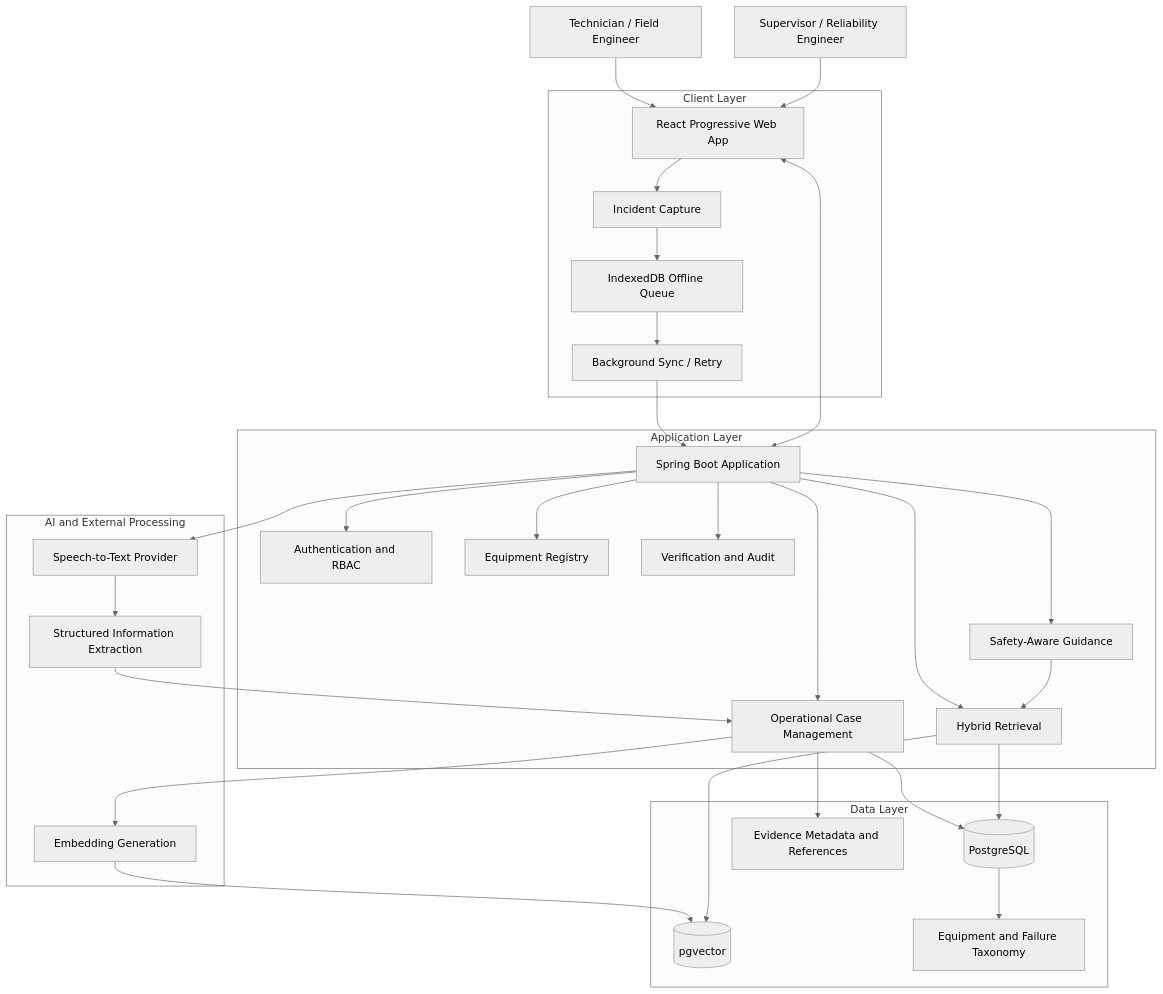
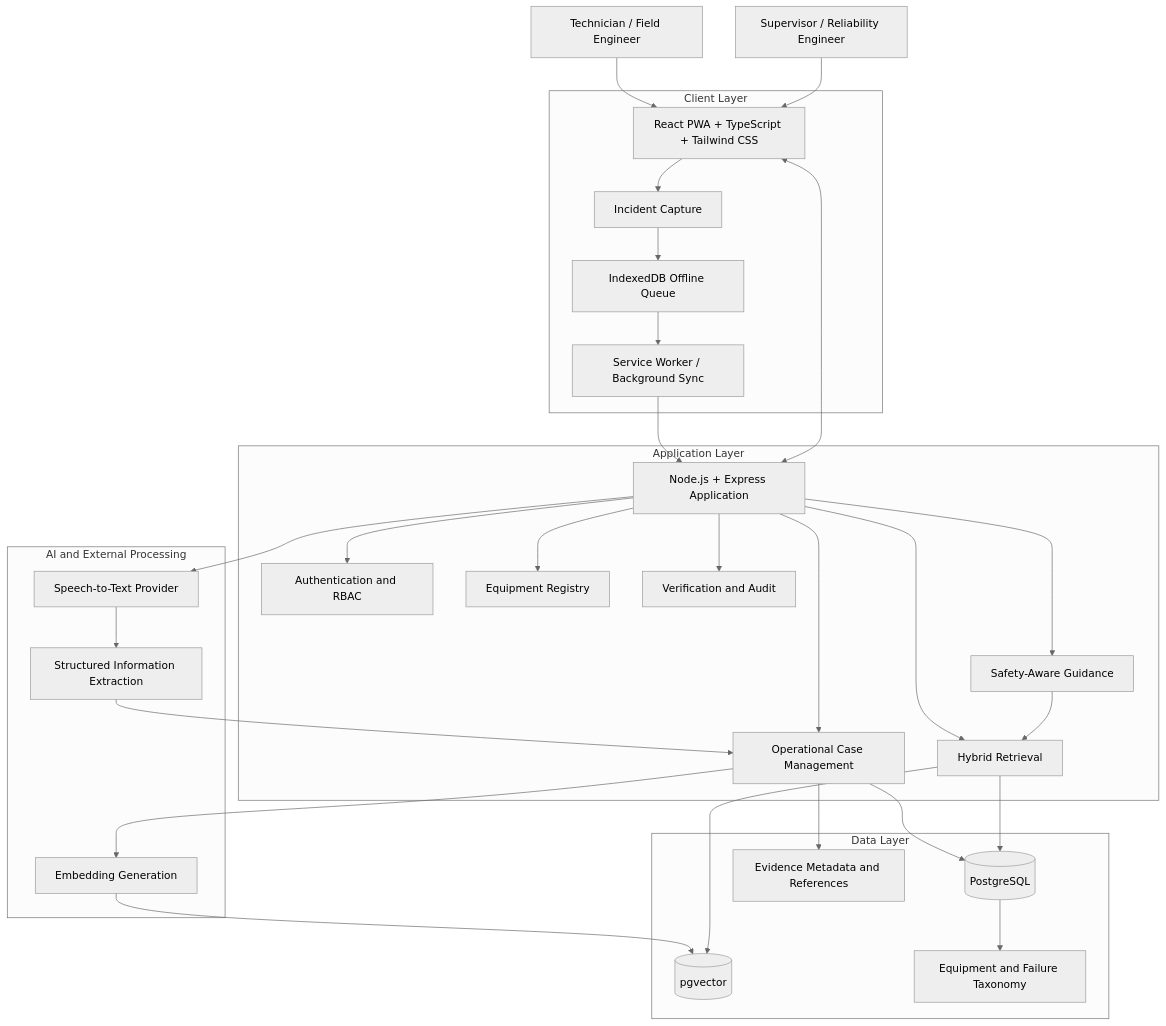
Before and after one commit to LNCT-Qubit/operational-sense: the diagram in README.md, drawn with Mermaid (neutral theme). The commit also changed other lines of this file and 123 other files, not shown here.

````diff
--- a/README.md
+++ b/README.md
@@ -160,62 +152,62 @@
 ```mermaid
 flowchart TB
     TECH[Technician / Field Engineer]
     SUP[Supervisor / Reliability Engineer]
 
     subgraph CLIENT["Client Layer"]
-        PWA[React Progressive Web App]
+        PWA[React PWA + TypeScript + Tailwind CSS]
         CAP[Incident Capture]
         LOCAL[IndexedDB Offline Queue]
-        SYNC[Background Sync / Retry]
+        SYNC[Service Worker / Background Sync]
     end
 
     subgraph APP["Application Layer"]
-        API[Spring Boot Application]
+        API[Node.js + Express Application]
         AUTH[Authentication and RBAC]
         EQUIP[Equipment Registry]
         CASE[Operational Case Management]
         VERIFY[Verification and Audit]
         RETRIEVE[Hybrid Retrieval]
         GUIDE[Safety-Aware Guidance]
     end
 
     subgraph DATA["Data Layer"]
         PG[(PostgreSQL)]
         VECTOR[(pgvector)]
         TAX[Equipment and Failure Taxonomy]
         MEDIA[Evidence Metadata and References]
     end
 
     subgraph AI["AI and External Processing"]
         STT[Speech-to-Text Provider]
         EXT[Structured Information Extraction]
         EMB[Embedding Generation]
     end
 
     TECH --> PWA
     SUP --> PWA
     PWA --> CAP
     CAP --> LOCAL
     LOCAL --> SYNC
     SYNC --> API
 
     PWA <--> API
     API --> AUTH
     API --> EQUIP
     API --> CASE
     API --> VERIFY
     API --> RETRIEVE
     API --> GUIDE
 
     API --> STT
     STT --> EXT
     EXT --> CASE
     CASE --> PG
     PG --> TAX
     CASE --> MEDIA
     CASE --> EMB
     EMB --> VECTOR
     RETRIEVE --> PG
     RETRIEVE --> VECTOR
     GUIDE --> RETRIEVE
 ```
````
